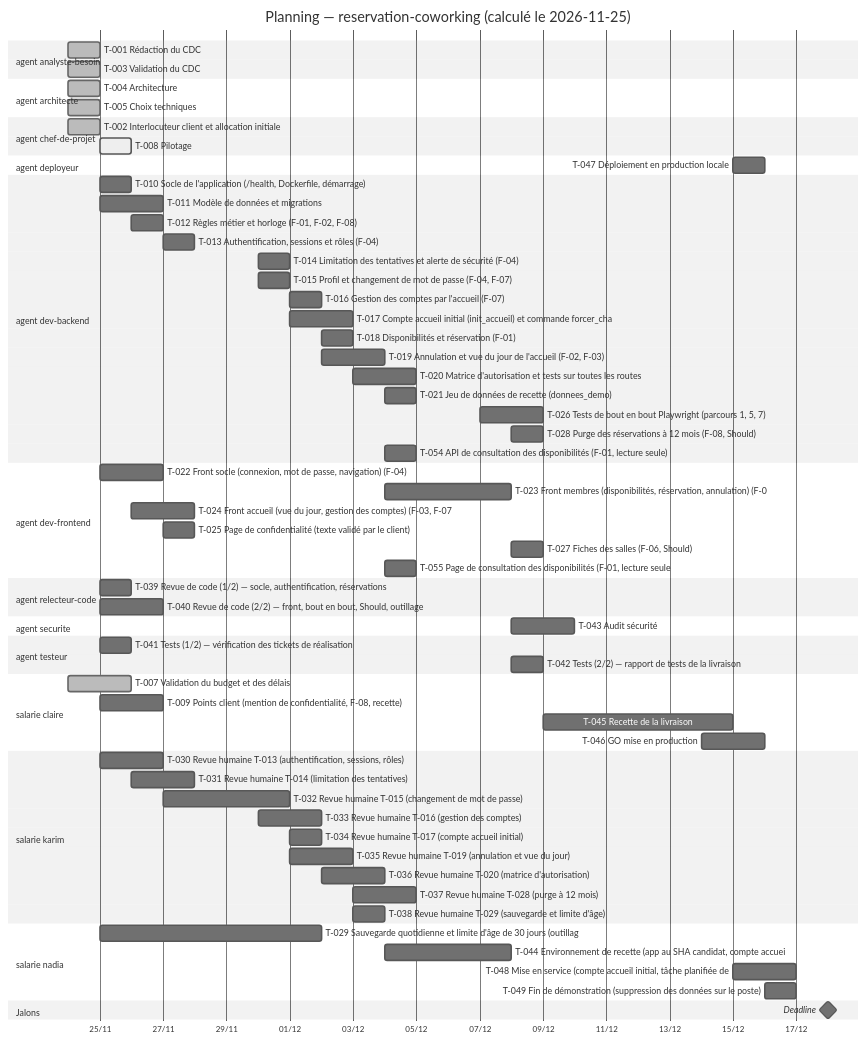
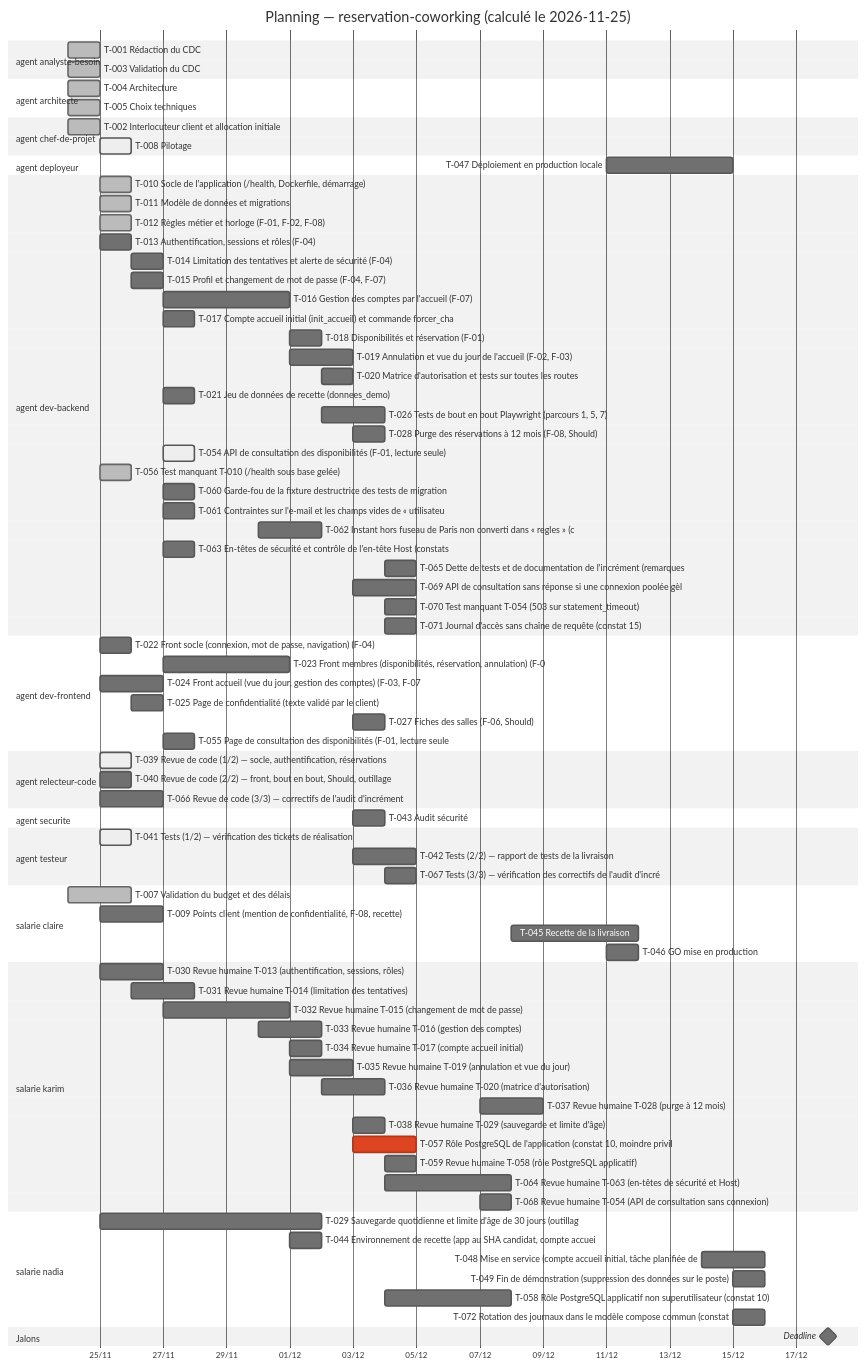
Before and after one commit to LopezMat/tpGestionProjet: the diagram in projets/reservation-coworking/TABLEAU.md, drawn with Mermaid (neutral theme). The commit also changed other lines of this file and 35 other files, not shown here.

First line of the commit message:
reservation-coworking : vérifications de l'incrément et tri des constats

````diff
--- a/projets/reservation-coworking/TABLEAU.md
+++ b/projets/reservation-coworking/TABLEAU.md
@@ -98,43 +105,54 @@
     T-002 Interlocuteur client et allocation initiale :done, t002, 2026-11-24, 2026-11-25
     T-008 Pilotage :active, t008, 2026-11-25, 2026-11-26
     section agent deployeur
-    T-047 Déploiement en production locale :t047, 2026-12-15, 2026-12-16
+    T-047 Déploiement en production locale :t047, 2026-12-11, 2026-12-15
     section agent dev-backend
-    T-010 Socle de l'application (/health, Dockerfile, démarrage) :t010, 2026-11-25, 2026-11-26
-    T-011 Modèle de données et migrations :t011, 2026-11-25, 2026-11-27
-    T-012 Règles métier et horloge (F-01, F-02, F-08) :t012, 2026-11-26, 2026-11-27
-    T-013 Authentification, sessions et rôles (F-04) :t013, 2026-11-27, 2026-11-28
-    T-014 Limitation des tentatives et alerte de sécurité (F-04) :t014, 2026-11-30, 2026-12-01
-    T-015 Profil et changement de mot de passe (F-04, F-07) :t015, 2026-11-30, 2026-12-01
-    T-016 Gestion des comptes par l'accueil (F-07) :t016, 2026-12-01, 2026-12-02
-    T-017 Compte accueil initial (init_accueil) et commande forcer_cha :t017, 2026-12-01, 2026-12-03
-    T-018 Disponibilités et réservation (F-01) :t018, 2026-12-02, 2026-12-03
-    T-019 Annulation et vue du jour de l'accueil (F-02, F-03) :t019, 2026-12-02, 2026-12-04
-    T-020 Matrice d'autorisation et tests sur toutes les routes :t020, 2026-12-03, 2026-12-05
-    T-021 Jeu de données de recette (donnees_demo) :t021, 2026-12-04, 2026-12-05
-    T-026 Tests de bout en bout Playwright (parcours 1, 5, 7) :t026, 2026-12-07, 2026-12-09
-    T-028 Purge des réservations à 12 mois (F-08, Should) :t028, 2026-12-08, 2026-12-09
-    T-054 API de consultation des disponibilités (F-01, lecture seule) :t054, 2026-12-04, 2026-12-05
+    T-010 Socle de l'application (/health, Dockerfile, démarrage) :done, t010, 2026-11-25, 2026-11-26
+    T-011 Modèle de données et migrations :done, t011, 2026-11-25, 2026-11-26
+    T-012 Règles métier et horloge (F-01, F-02, F-08) :done, t012, 2026-11-25, 2026-11-26
+    T-013 Authentification, sessions et rôles (F-04) :t013, 2026-11-25, 2026-11-26
+    T-014 Limitation des tentatives et alerte de sécurité (F-04) :t014, 2026-11-26, 2026-11-27
+    T-015 Profil et changement de mot de passe (F-04, F-07) :t015, 2026-11-26, 2026-11-27
+    T-016 Gestion des comptes par l'accueil (F-07) :t016, 2026-11-27, 2026-12-01
+    T-017 Compte accueil initial (init_accueil) et commande forcer_cha :t017, 2026-11-27, 2026-11-28
+    T-018 Disponibilités et réservation (F-01) :t018, 2026-12-01, 2026-12-02
+    T-019 Annulation et vue du jour de l'accueil (F-02, F-03) :t019, 2026-12-01, 2026-12-03
+    T-020 Matrice d'autorisation et tests sur toutes les routes :t020, 2026-12-02, 2026-12-03
+    T-021 Jeu de données de recette (donnees_demo) :t021, 2026-11-27, 2026-11-28
+    T-026 Tests de bout en bout Playwright (parcours 1, 5, 7) :t026, 2026-12-02, 2026-12-04
+    T-028 Purge des réservations à 12 mois (F-08, Should) :t028, 2026-12-03, 2026-12-04
+    T-054 API de consultation des disponibilités (F-01, lecture seule) :active, t054, 2026-11-27, 2026-11-28
+    T-056 Test manquant T-010 (/health sous base gelée) :done, t056, 2026-11-25, 2026-11-26
+    T-060 Garde-fou de la fixture destructrice des tests de migration  :t060, 2026-11-27, 2026-11-28
+    T-061 Contraintes sur l'e-mail et les champs vides de « utilisateu :t061, 2026-11-27, 2026-11-28
+    T-062 Instant hors fuseau de Paris non converti dans « regles » (c :t062, 2026-11-30, 2026-12-02
+    T-063 En-têtes de sécurité et contrôle de l'en-tête Host (constats :t063, 2026-11-27, 2026-11-28
+    T-065 Dette de tests et de documentation de l'incrément (remarques :t065, 2026-12-04, 2026-12-05
+    T-069 API de consultation sans réponse si une connexion poolée gèl :t069, 2026-12-03, 2026-12-05
+    T-070 Test manquant T-054 (503 sur statement_timeout) :t070, 2026-12-04, 2026-12-05
+    T-071 Journal d'accès sans chaîne de requête (constat 15) :t071, 2026-12-04, 2026-12-05
     section agent dev-frontend
-    T-022 Front socle (connexion, mot de passe, navigation) (F-04) :t022, 2026-11-25, 2026-11-27
-    T-023 Front membres (disponibilités, réservation, annulation) (F-0 :t023, 2026-12-04, 2026-12-08
-    T-024 Front accueil (vue du jour, gestion des comptes) (F-03, F-07 :t024, 2026-11-26, 2026-11-28
-    T-025 Page de confidentialité (texte validé par le client) :t025, 2026-11-27, 2026-11-28
-    T-027 Fiches des salles (F-06, Should) :t027, 2026-12-08, 2026-12-09
-    T-055 Page de consultation des disponibilités (F-01, lecture seule :t055, 2026-12-04, 2026-12-05
+    T-022 Front socle (connexion, mot de passe, navigation) (F-04) :t022, 2026-11-25, 2026-11-26
+    T-023 Front membres (disponibilités, réservation, annulation) (F-0 :t023, 2026-11-27, 2026-12-01
+    T-024 Front accueil (vue du jour, gestion des comptes) (F-03, F-07 :t024, 2026-11-25, 2026-11-27
+    T-025 Page de confidentialité (texte validé par le client) :t025, 2026-11-26, 2026-11-27
+    T-027 Fiches des salles (F-06, Should) :t027, 2026-12-03, 2026-12-04
+    T-055 Page de consultation des disponibilités (F-01, lecture seule :t055, 2026-11-27, 2026-11-28
     section agent relecteur-code
-    T-039 Revue de code (1/2) — socle, authentification, réservations :t039, 2026-11-25, 2026-11-26
-    T-040 Revue de code (2/2) — front, bout en bout, Should, outillage :t040, 2026-11-25, 2026-11-27
+    T-039 Revue de code (1/2) — socle, authentification, réservations :active, t039, 2026-11-25, 2026-11-26
+    T-040 Revue de code (2/2) — front, bout en bout, Should, outillage :t040, 2026-11-25, 2026-11-26
+    T-066 Revue de code (3/3) — correctifs de l'audit d'incrément :t066, 2026-11-25, 2026-11-27
     section agent securite
-    T-043 Audit sécurité :t043, 2026-12-08, 2026-12-10
+    T-043 Audit sécurité :t043, 2026-12-03, 2026-12-04
     section agent testeur
-    T-041 Tests (1/2) — vérification des tickets de réalisation :t041, 2026-11-25, 2026-11-26
-    T-042 Tests (2/2) — rapport de tests de la livraison :t042, 2026-12-08, 2026-12-09
+    T-041 Tests (1/2) — vérification des tickets de réalisation :active, t041, 2026-11-25, 2026-11-26
+    T-042 Tests (2/2) — rapport de tests de la livraison :t042, 2026-12-03, 2026-12-05
+    T-067 Tests (3/3) — vérification des correctifs de l'audit d'incré :t067, 2026-12-04, 2026-12-05
     section salarie claire
     T-007 Validation du budget et des délais :done, t007, 2026-11-24, 2026-11-26
     T-009 Points client (mention de confidentialité, F-08, recette) :t009, 2026-11-25, 2026-11-27
-    T-045 Recette de la livraison :t045, 2026-12-09, 2026-12-15
-    T-046 GO mise en production :t046, 2026-12-14, 2026-12-16
+    T-045 Recette de la livraison :t045, 2026-12-08, 2026-12-12
+    T-046 GO mise en production :t046, 2026-12-11, 2026-12-12
     section salarie karim
     T-030 Revue humaine T-013 (authentification, sessions, rôles) :t030, 2026-11-25, 2026-11-27
     T-031 Revue humaine T-014 (limitation des tentatives) :t031, 2026-11-26, 2026-11-28
@@ -143,13 +161,19 @@
     T-034 Revue humaine T-017 (compte accueil initial) :t034, 2026-12-01, 2026-12-02
     T-035 Revue humaine T-019 (annulation et vue du jour) :t035, 2026-12-01, 2026-12-03
     T-036 Revue humaine T-020 (matrice d'autorisation) :t036, 2026-12-02, 2026-12-04
-    T-037 Revue humaine T-028 (purge à 12 mois) :t037, 2026-12-03, 2026-12-05
+    T-037 Revue humaine T-028 (purge à 12 mois) :t037, 2026-12-07, 2026-12-09
     T-038 Revue humaine T-029 (sauvegarde et limite d'âge) :t038, 2026-12-03, 2026-12-04
+    T-057 Rôle PostgreSQL de l'application (constat 10, moindre privil :crit, t057, 2026-12-03, 2026-12-05
+    T-059 Revue humaine T-058 (rôle PostgreSQL applicatif) :t059, 2026-12-04, 2026-12-05
+    T-064 Revue humaine T-063 (en-têtes de sécurité et Host) :t064, 2026-12-04, 2026-12-08
+    T-068 Revue humaine T-054 (API de consultation sans connexion) :t068, 2026-12-07, 2026-12-08
     section salarie nadia
     T-029 Sauvegarde quotidienne et limite d'âge de 30 jours (outillag :t029, 2026-11-25, 2026-12-02
-    T-044 Environnement de recette (app au SHA candidat, compte accuei :t044, 2026-12-04, 2026-12-08
-    T-048 Mise en service (compte accueil initial, tâche planifiée de  :t048, 2026-12-15, 2026-12-17
-    T-049 Fin de démonstration (suppression des données sur le poste) :t049, 2026-12-16, 2026-12-17
+    T-044 Environnement de recette (app au SHA candidat, compte accuei :t044, 2026-12-01, 2026-12-02
+    T-048 Mise en service (compte accueil initial, tâche planifiée de  :t048, 2026-12-14, 2026-12-16
+    T-049 Fin de démonstration (suppression des données sur le poste) :t049, 2026-12-15, 2026-12-16
+    T-058 Rôle PostgreSQL applicatif non superutilisateur (constat 10) :t058, 2026-12-04, 2026-12-08
+    T-072 Rotation des journaux dans le modèle compose commun (constat :t072, 2026-12-15, 2026-12-16
     section Jalons
     Deadline :milestone, deadline, 2026-12-18, 0d
 ```
````
